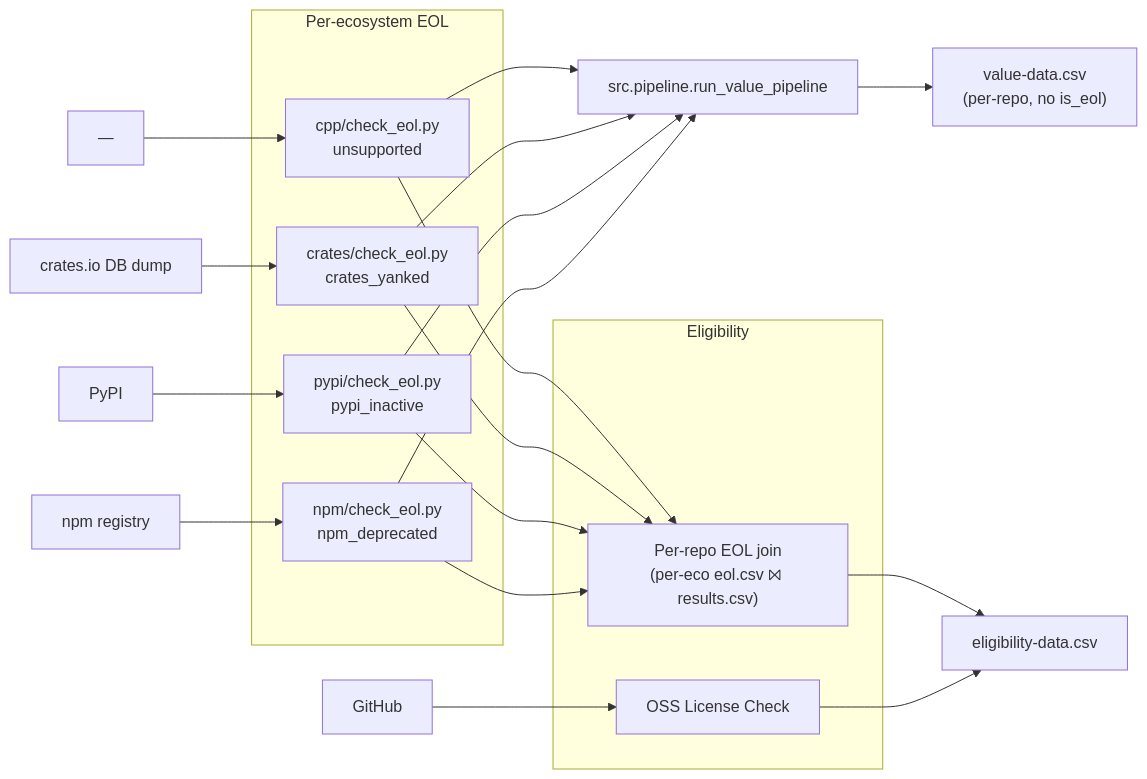
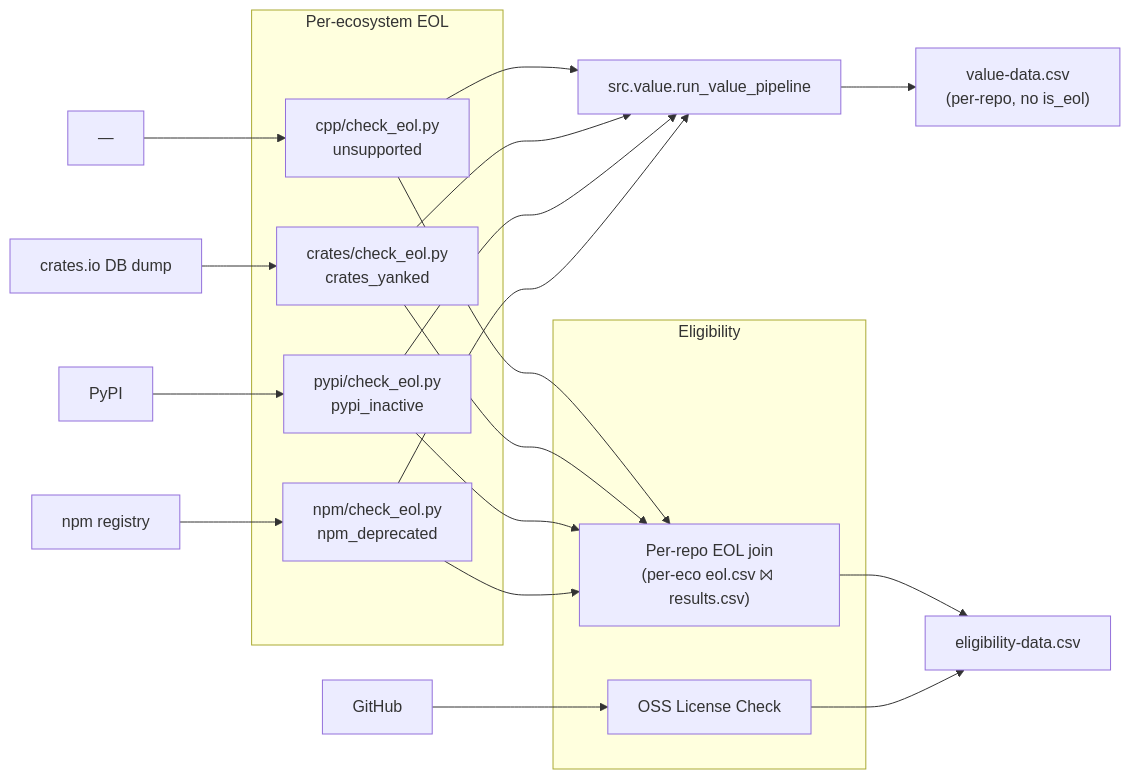
Before and after one commit to osendowment/model: the diagram in docs/eligibility.md, drawn with Mermaid. The commit also changed other lines of this file and 16 other files, not shown here.

````diff
--- a/docs/eligibility.md
+++ b/docs/eligibility.md
@@ -62,35 +62,35 @@
 ```mermaid
 graph LR
     github["GitHub"]
     npm["npm registry"]
     pypi["PyPI"]
     crates["crates.io DB dump"]
     cpp["—"]
 
     subgraph EOL["Per-ecosystem EOL"]
         npm_eol["npm/check_eol.py<br/>npm_deprecated"]
         pypi_eol["pypi/check_eol.py<br/>pypi_inactive"]
         crates_eol["crates/check_eol.py<br/>crates_yanked"]
         cpp_eol["cpp/check_eol.py<br/>unsupported"]
     end
 
-    npm --> npm_eol --> unify["src.pipeline.run_value_pipeline"]
+    npm --> npm_eol --> unify["src.value.run_value_pipeline"]
     pypi --> pypi_eol --> unify
     crates --> crates_eol --> unify
     cpp --> cpp_eol --> unify
 
     unify --> value["value-data.csv<br/>(per-repo, no is_eol)"]
 
     subgraph Eligibility["Eligibility"]
         license["OSS License Check"]
         eol_join["Per-repo EOL join<br/>(per-eco eol.csv ⨝ results.csv)"]
     end
 
     github --> license
     npm_eol --> eol_join
     pypi_eol --> eol_join
     crates_eol --> eol_join
     cpp_eol --> eol_join
     license --> output["eligibility-data.csv"]
     eol_join --> output
 ```
````
